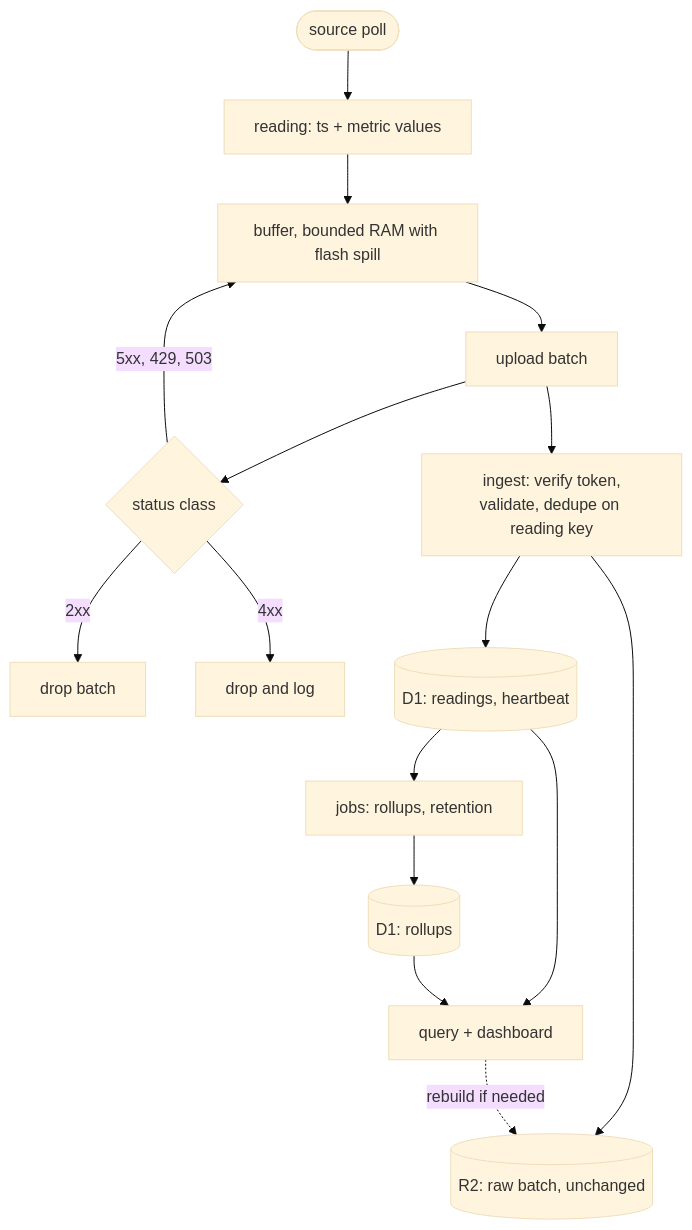
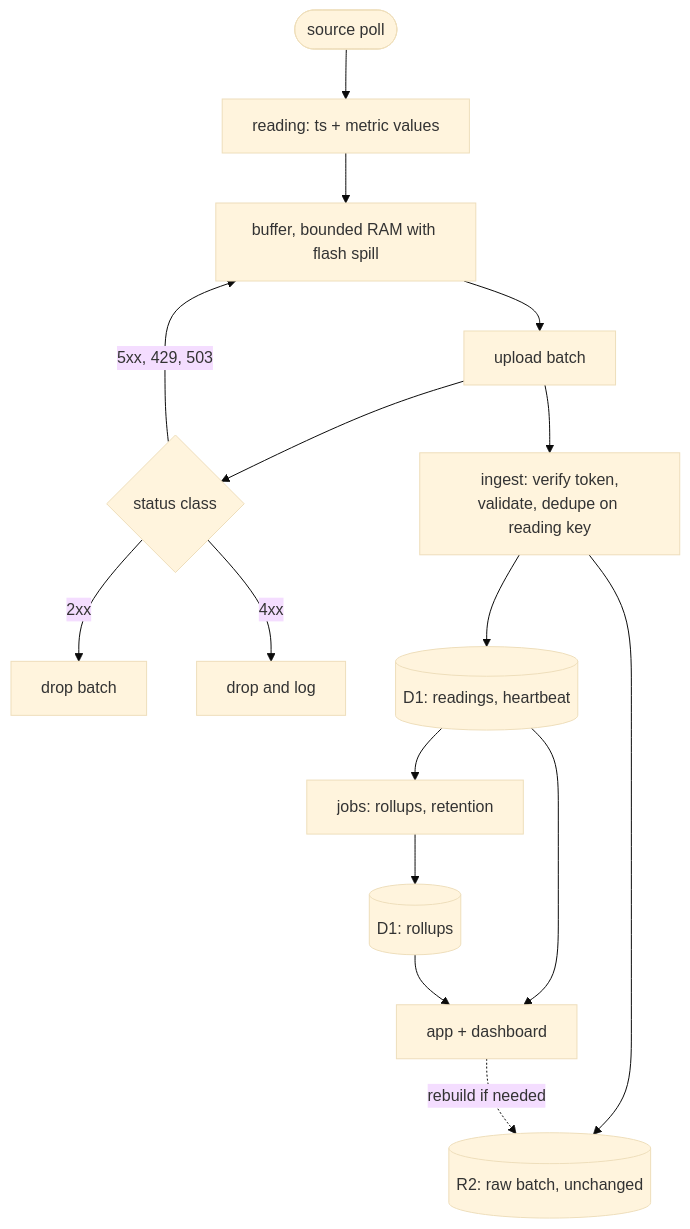
One commit to fabbrito/magellan-cloud changed the second of 2 diagrams in docs/DESIGN.md. Above: the diagram before and after it, drawn with Mermaid (base theme). The commit also changed other lines of this file and 2 other files, not shown here.

First line of the commit message:
docs(docs): the app worker serves the SPA and its API

````diff
--- a/docs/DESIGN.md
+++ b/docs/DESIGN.md
@@ -240,18 +239,18 @@
 ```mermaid
 flowchart TD
     A([source poll]) --> B[reading: ts + metric values]
     B --> C[buffer, bounded RAM with flash spill]
     C --> D[upload batch]
     D --> E{status class}
     E -->|2xx| F[drop batch]
     E -->|4xx| G[drop and log]
     E -->|5xx, 429, 503| C
     D --> H[ingest: verify token,<br/>validate, dedupe on reading key]
     H --> I[(R2: raw batch, unchanged)]
     H --> J[(D1: readings, heartbeat)]
     J --> K[jobs: rollups, retention]
     K --> L[(D1: rollups)]
-    J --> M[query + dashboard]
+    J --> M[app + dashboard]
     L --> M
     M -.->|rebuild if needed| I
 ```
````
